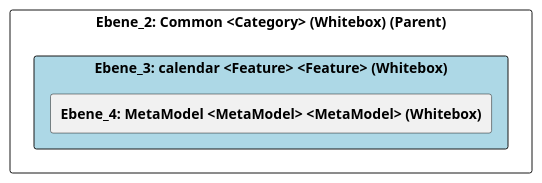
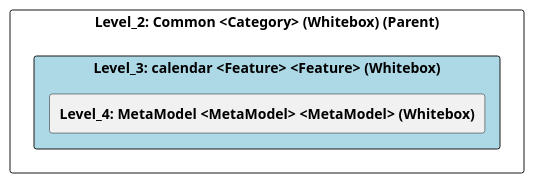
The diagram in doc/cleonproject_deliverables_architecture_model_architecture/adoc/de/05_bausteinsicht/cleon/common/calendar/ebene_3_calendar.adoc (marcozwyssig/cleon), drawn with PlantUML before and after one commit. The commit also changed other lines of this file and 83 other files, not shown here.

```diff
--- a/doc/cleonproject_deliverables_architecture_model_architecture/adoc/de/05_bausteinsicht/cleon/common/calendar/ebene_3_calendar.adoc
+++ b/doc/cleonproject_deliverables_architecture_model_architecture/adoc/de/05_bausteinsicht/cleon/common/calendar/ebene_3_calendar.adoc
@@ -20,24 +20,24 @@
-[plantuml, Ebene_3: calendar <Feature> <Feature> (Whitebox)BlockOverview, format="svg"]
+[plantuml, Level_3: calendar <Feature> <Feature> (Whitebox)BlockOverview, format="svg"]
 ----
-@startuml Ebene_3: calendar <Feature> <Feature> (Whitebox)BuildingBlockOverview
+@startuml Level_3: calendar <Feature> <Feature> (Whitebox)BuildingBlockOverview
 
 skinparam ranksep 10
 skinparam componentStyle rectangle
 skinparam shadowing false
 skinparam arrowColor lightblue
 skinparam arrowThickness 1.2
 skinparam rectangle {
   BackgroundColor White
   BorderColor #333
   RoundCorner 10
 }
 top to bottom direction
 
-component "Ebene_2: Common <Category> (Whitebox) (Parent)" {
-    component "Ebene_3: calendar <Feature> <Feature> (Whitebox)" #lightblue {
-        [**Ebene_4: MetaModel <MetaModel> <MetaModel> (Whitebox)**] as 4A56DE53_D579_11EE_903E_9F564E4DE07E
+component "Level_2: Common <Category> (Whitebox) (Parent)" {
+    component "Level_3: calendar <Feature> <Feature> (Whitebox)" #lightblue {
+        [**Level_4: MetaModel <MetaModel> <MetaModel> (Whitebox)**] as 4A56DE53_D579_11EE_903E_9F564E4DE07E
     }
 }
 
 @enduml
 ----
```
